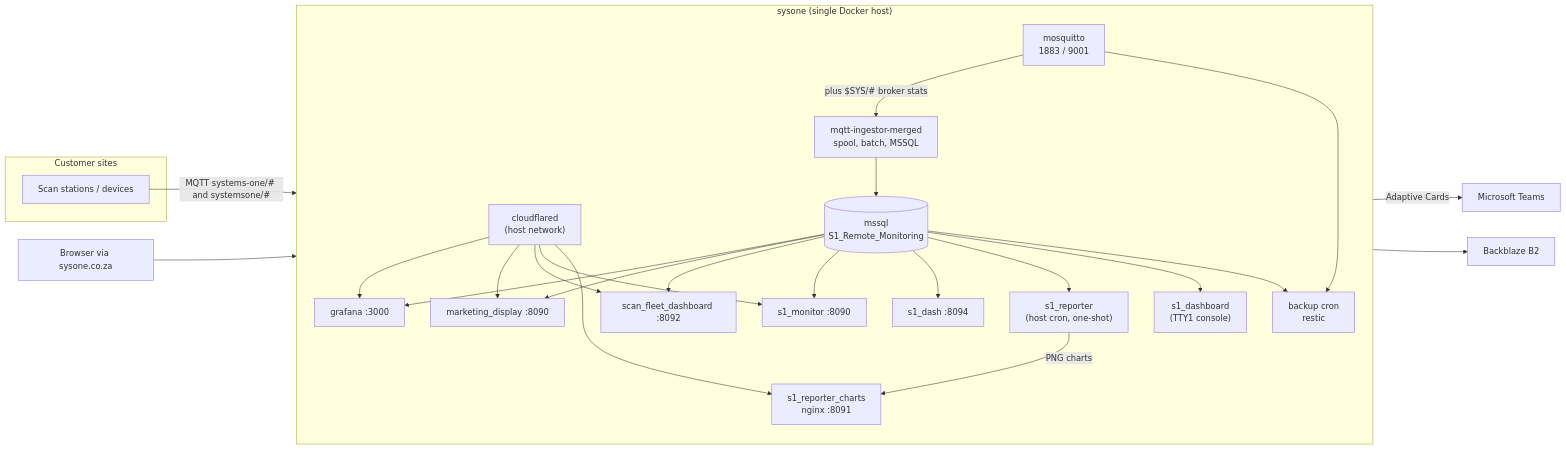
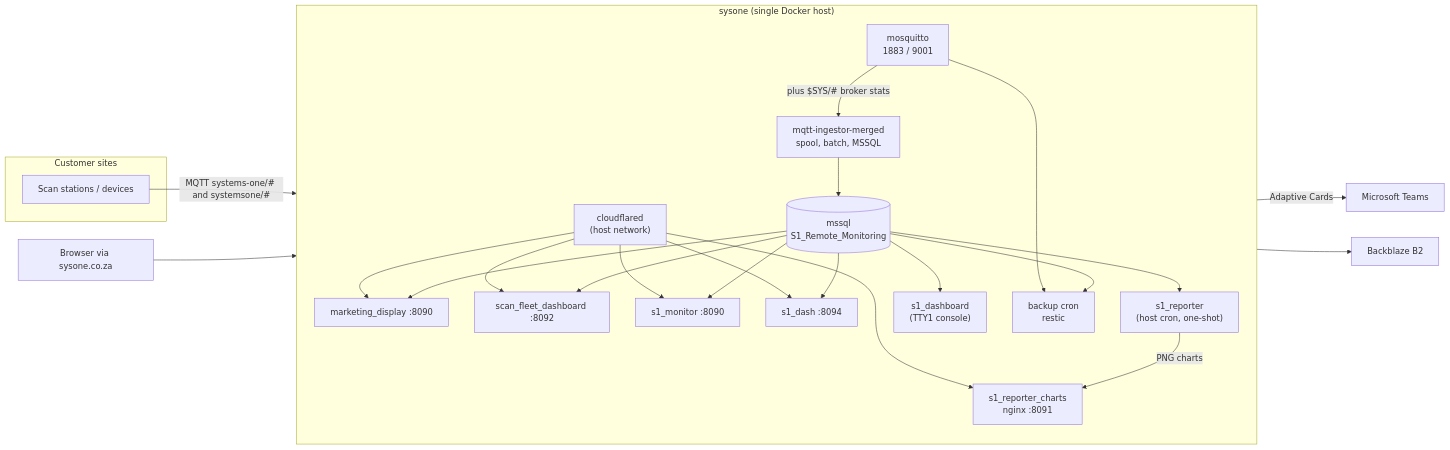
The diagram in README.md (Systems-One/Systems-One-Server), drawn with Mermaid before and after one commit. The commit also changed other lines of this file and 3 other files, not shown here.

First line of the commit message:
docs: s1_dash replaces Grafana on dash.sysone.co.za

````diff
--- a/README.md
+++ b/README.md
@@ -29,49 +29,47 @@
 ```mermaid
 flowchart LR
     subgraph sites["Customer sites"]
         dev["Scan stations / devices"]
     end
 
     subgraph host["sysone (single Docker host)"]
         direction TB
         cf["cloudflared<br/>(host network)"]
         mq["mosquitto<br/>1883 / 9001"]
         ing["mqtt-ingestor-merged<br/>spool, batch, MSSQL"]
         db[("mssql<br/>S1_Remote_Monitoring")]
-        gf["grafana :3000"]
         md["marketing_display :8090"]
         sfd["scan_fleet_dashboard :8092"]
         mon["s1_monitor :8090"]
         dash["s1_dash :8094"]
         rep["s1_reporter<br/>(host cron, one-shot)"]
         charts["s1_reporter_charts<br/>nginx :8091"]
         tty["s1_dashboard<br/>(TTY1 console)"]
         bk["backup cron<br/>restic"]
     end
 
     teams["Microsoft Teams"]
     b2["Backblaze B2"]
     web["Browser via sysone.co.za"]
 
     dev -- "MQTT systems-one/# and systemsone/#" --> mq
     mq -- "plus $SYS/# broker stats" --> ing
     ing --> db
-    db --> gf
     db --> md
     db --> sfd
     db --> mon
     db --> dash
     db --> rep
     rep -- "Adaptive Cards" --> teams
     rep -- "PNG charts" --> charts
     db --> tty
     db --> bk
     mq --> bk
     bk --> b2
     web --> cf
-    cf --> gf
+    cf --> dash
     cf --> md
     cf --> sfd
     cf --> mon
     cf --> charts
 ```
````
